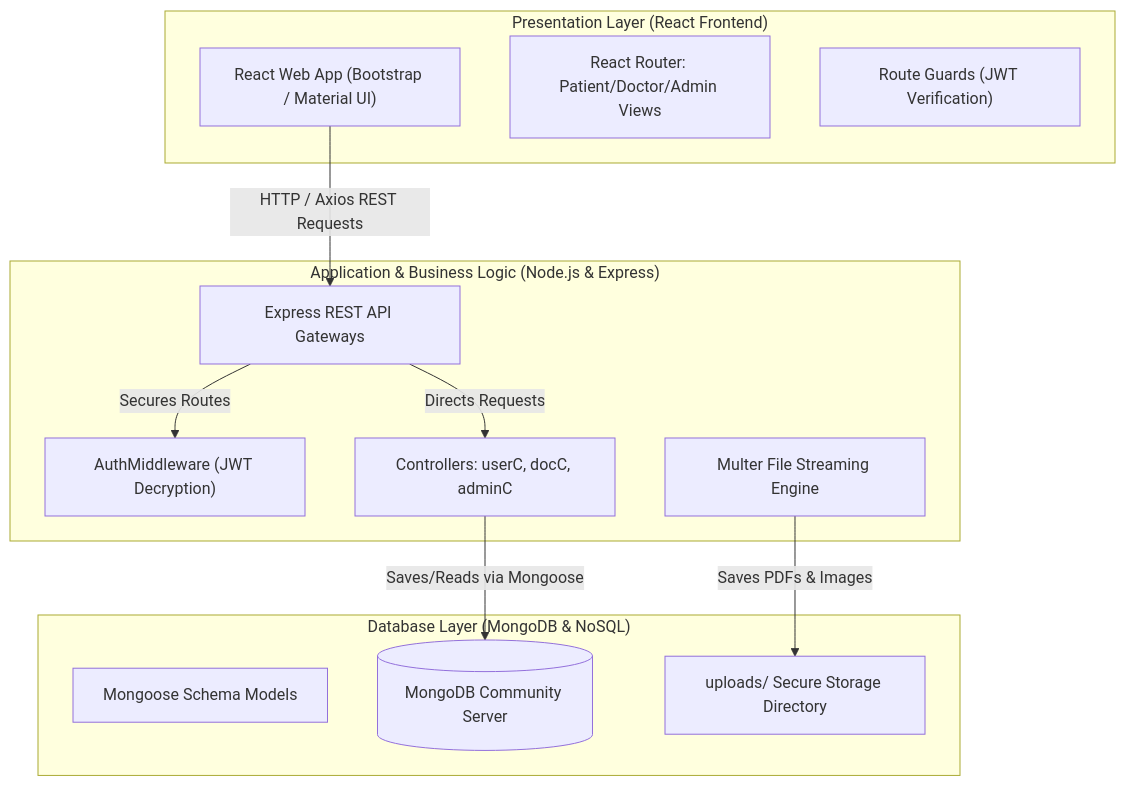
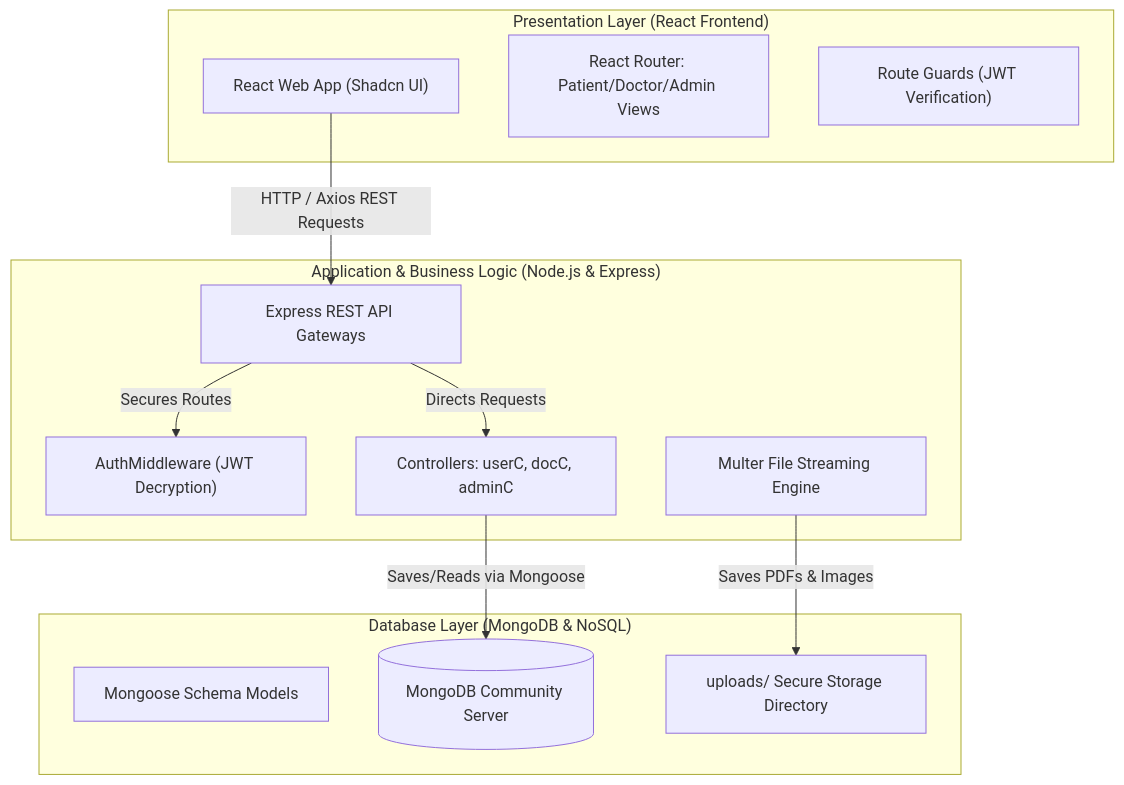
Before and after one commit to dianerdiana/sehatmurah: the first of 2 diagrams in deliverables/need-to-submit-phase-wise-template/Project Design Phase/Solution Architecture.md, drawn with Mermaid. The commit also changed other lines of this file and 1 other file, not shown here.

````diff
--- a/deliverables/need-to-submit-phase-wise-template/Project Design Phase/Solution Architecture.md
+++ b/deliverables/need-to-submit-phase-wise-template/Project Design Phase/Solution Architecture.md
@@ -38,27 +38,27 @@
 ```mermaid
 graph TD
     subgraph Presentation_Layer ["Presentation Layer (React Frontend)"]
-        UI["React Web App (Bootstrap / Material UI)"]
+        UI["React Web App (Shadcn UI)"]
         Routes["React Router: Patient/Doctor/Admin Views"]
         AuthGuard["Route Guards (JWT Verification)"]
     end
 
     subgraph Application_Layer ["Application & Business Logic (Node.js & Express)"]
         API["Express REST API Gateways"]
         Middleware["AuthMiddleware (JWT Decryption)"]
         Multer["Multer File Streaming Engine"]
         Controllers["Controllers: userC, docC, adminC"]
     end
 
     subgraph Database_Layer ["Database Layer (MongoDB & NoSQL)"]
         Mongoose["Mongoose Schema Models"]
         DB[("MongoDB Community Server")]
         Uploads["uploads/ Secure Storage Directory"]
     end
 
     UI -->|HTTP / Axios REST Requests| API
     API -->|Secures Routes| Middleware
     API -->|Directs Requests| Controllers
     Controllers -->|Saves/Reads via Mongoose| DB
     Multer -->|Saves PDFs & Images| Uploads
 ```
````
